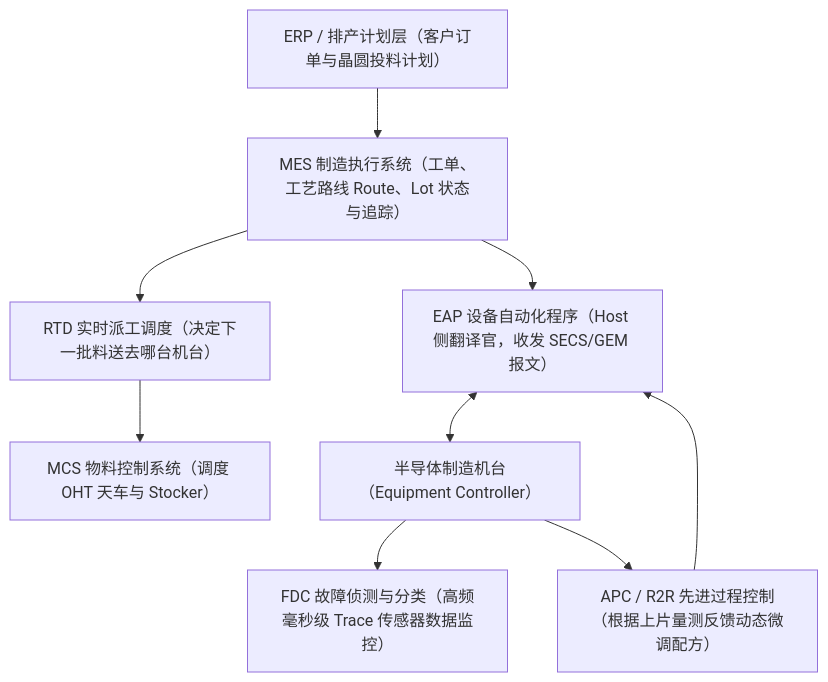
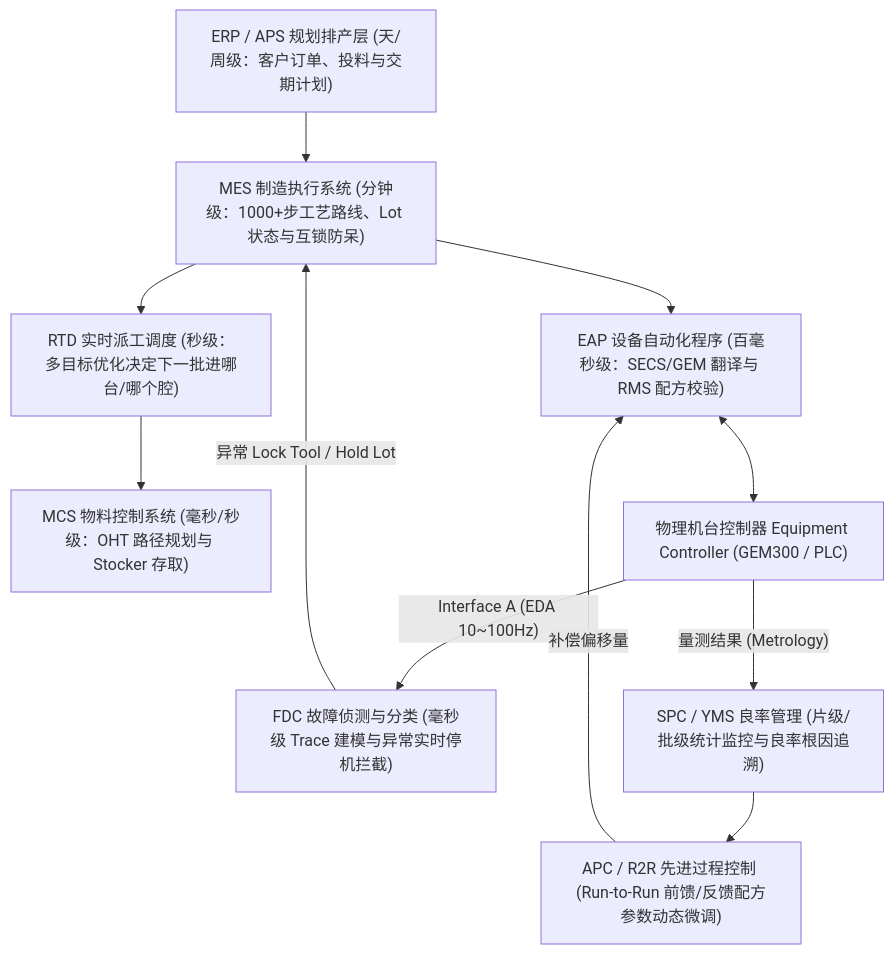
The diagram in 06_天车与CIM系统/03_MES_EAP与APC软件栈/笔记/01_晶圆厂CIM软件栈_MES_EAP_APC.md (xinjing-MD/wafer-fab-handbook), drawn with Mermaid before and after one commit. The commit also changed other lines of this file and 54 other files, not shown here.

````diff
--- a/06_天车与CIM系统/03_MES_EAP与APC软件栈/笔记/01_晶圆厂CIM软件栈_MES_EAP_APC.md
+++ b/06_天车与CIM系统/03_MES_EAP与APC软件栈/笔记/01_晶圆厂CIM软件栈_MES_EAP_APC.md
@@ -7,11 +9,13 @@
 ```mermaid
 flowchart TD
-    ERP["ERP / 排产计划层（客户订单与晶圆投料计划）"] --> MES["MES 制造执行系统（工单、工艺路线 Route、Lot 状态与追踪）"]
-    MES --> RTD["RTD 实时派工调度（决定下一批料送去哪台机台）"]
-    MES --> EAP["EAP 设备自动化程序（Host 侧翻译官，收发 SECS/GEM 报文）"]
-    RTD --> MCS["MCS 物料控制系统（调度 OHT 天车与 Stocker）"]
-    EAP <--> EQP["半导体制造机台（Equipment Controller）"]
-    EQP --> FDC["FDC 故障侦测与分类（高频毫秒级 Trace 传感器数据监控）"]
-    EQP --> APC["APC / R2R 先进过程控制（根据上片量测反馈动态微调配方）"]
-    APC --> EAP
+    ERP["ERP / APS 规划排产层 (天/周级：客户订单、投料与交期计划)"] --> MES["MES 制造执行系统 (分钟级：1000+步工艺路线、Lot 状态与互锁防呆)"]
+    MES --> RTD["RTD 实时派工调度 (秒级：多目标优化决定下一批进哪台/哪个腔)"]
+    MES --> EAP["EAP 设备自动化程序 (百毫秒级：SECS/GEM 翻译与 RMS 配方校验)"]
+    RTD --> MCS["MCS 物料控制系统 (毫秒/秒级：OHT 路径规划与 Stocker 存取)"]
+    EAP <--> EQP["物理机台控制器 Equipment Controller (GEM300 / PLC)"]
+    EQP -->|"Interface A (EDA 10~100Hz)"| FDC["FDC 故障侦测与分类 (毫秒级 Trace 建模与异常实时停机拦截)"]
+    EQP -->|"量测结果 (Metrology)"| SPC["SPC / YMS 良率管理 (片级/批级统计监控与良率根因追溯)"]
+    SPC --> APC["APC / R2R 先进过程控制 (Run-to-Run 前馈/反馈配方参数动态微调)"]
+    APC -->|"补偿偏移量"| EAP
+    FDC -->|"异常 Lock Tool / Hold Lot"| MES
 ```
````
